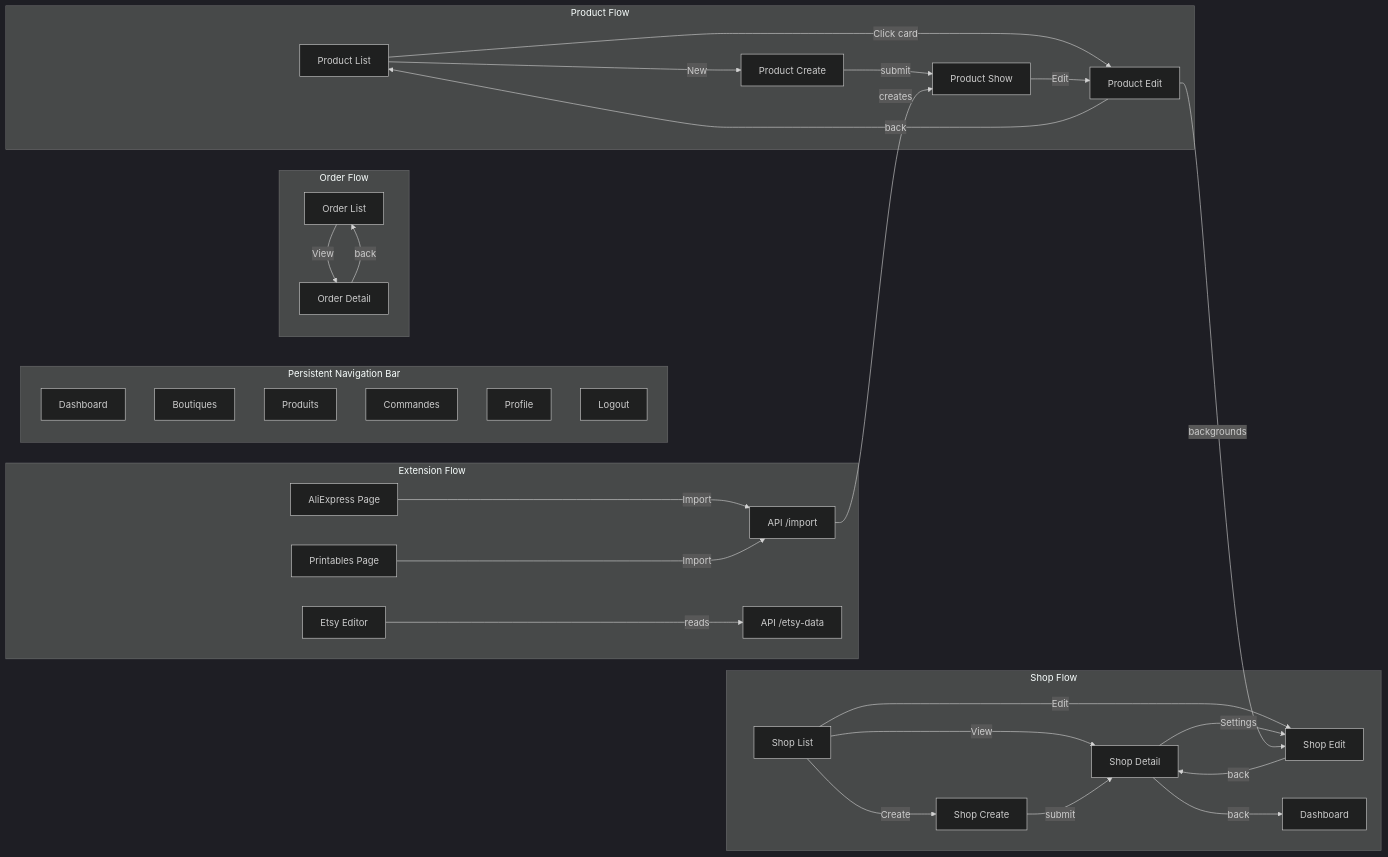
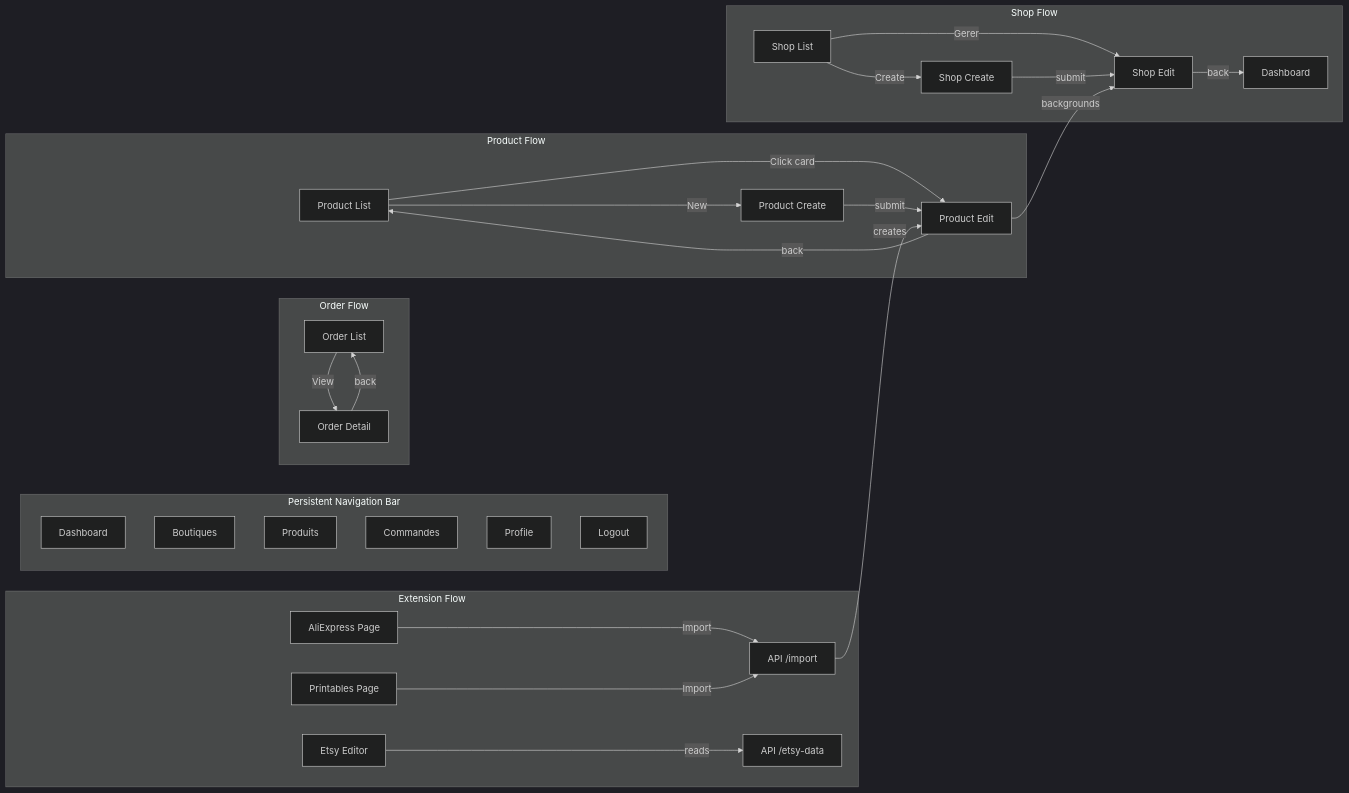
The second of 4 diagrams in docs/APP_AUDIT.md (Nuxnuxx/lesrats), drawn with Mermaid (dark theme) before and after one commit. The commit also changed other lines of this file and 12 other files, not shown here.

First line of the commit message:
refactor: remove dead Etsy OAuth code and merge show pages into edit pages

````diff
--- a/docs/APP_AUDIT.md
+++ b/docs/APP_AUDIT.md
@@ -311,42 +278,38 @@
 ```mermaid
 graph LR
     subgraph NavBar["Persistent Navigation Bar"]
         N_DASH[Dashboard]
         N_SHOPS[Boutiques]
         N_PRODS[Produits]
         N_ORDERS[Commandes]
         N_PROFILE[Profile]
         N_LOGOUT[Logout]
     end
 
     subgraph ShopFlow["Shop Flow"]
-        S1[Shop List] -->|Create| S2[Shop Create]
-        S1 -->|View| S3[Shop Detail]
-        S1 -->|Edit| S4[Shop Edit]
-        S2 -->|submit| S3
-        S3 -->|Settings| S4
-        S4 -->|back| S3
-        S3 -->|back| DASH2[Dashboard]
+        S1[Shop List] -->|Gerer| S4[Shop Edit]
+        S1 -->|Create| S2[Shop Create]
+        S2 -->|submit| S4
+        S4 -->|back| DASH2[Dashboard]
     end
 
     subgraph ProductFlow["Product Flow"]
         P1[Product List] -->|New| P2[Product Create]
         P1 -->|Click card| P4[Product Edit]
-        P2 -->|submit| P3[Product Show]
-        P3 -->|Edit| P4
+        P2 -->|submit| P4
         P4 -->|back| P1
         P4 -->|backgrounds| S4
     end
 
     subgraph OrderFlow["Order Flow"]
         O1[Order List] -->|View| O2[Order Detail]
         O2 -->|back| O1
     end
 
     subgraph ExtFlow["Extension Flow"]
         EXT_ALI[AliExpress Page] -->|Import| API[API /import]
         EXT_PRI[Printables Page] -->|Import| API
-        API -->|creates| P3
+        API -->|creates| P4
         EXT_ETSY[Etsy Editor] -->|reads| API2[API /etsy-data]
     end
 ```
````
